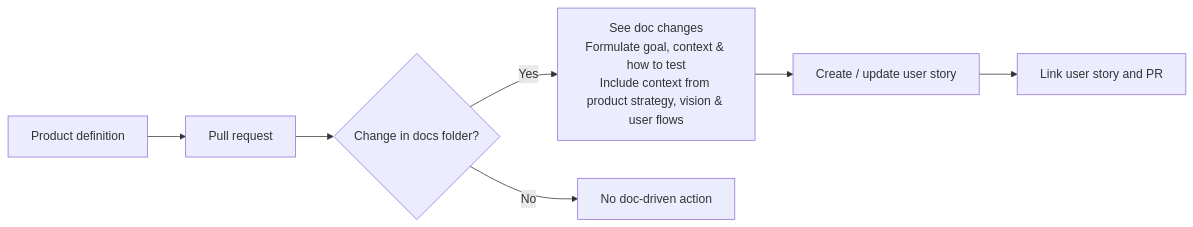
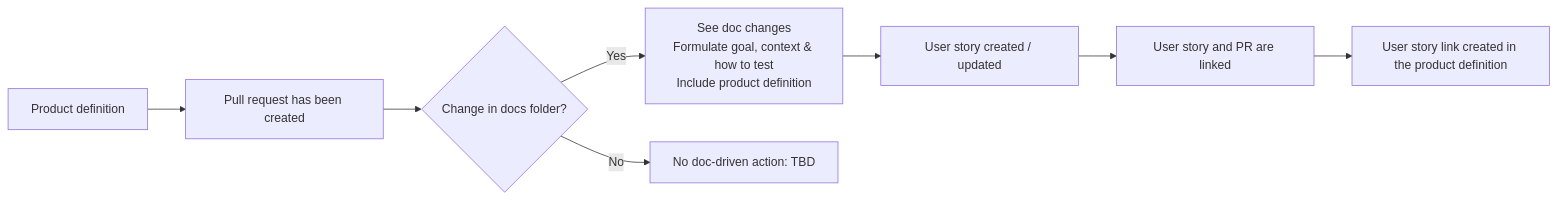
Before and after one commit to NielsTalens/doc-driven-dev: the second of 2 diagrams in README.md, drawn with Mermaid. The commit also changed other lines of this file, not shown here.

Commit message:
Revise README for Document Driven Development
Updated project title and improved flowchart descriptions.

````diff
--- a/README.md
+++ b/README.md
@@ -35,14 +34,17 @@
 ```mermaid
 flowchart LR
-    A[Product definition] --> B[Pull request]
+    A[Product definition] --> B[Pull request has been created]
 
     B --> C{Change in docs folder?}
 
-    C -- Yes --> D[See doc changes<br/>Formulate goal, context & how to test<br/>Include context from product strategy, vision & user flows]
+    C -- Yes --> D[See doc changes<br/>Formulate goal, context & how to test<br/>Include product definition]
 
-    D --> E[Create / update user story]
+    D --> E[User story created / updated]
 
-    E --> F[Link user story and PR]
+    E --> F[User story and PR are linked]
 
-    C -- No --> Z[No doc-driven action]
+    F --> G[User story link created in the product definition]
+
+    C -- No --> Z[No doc-driven action: TBD]
+    
 ```
````
